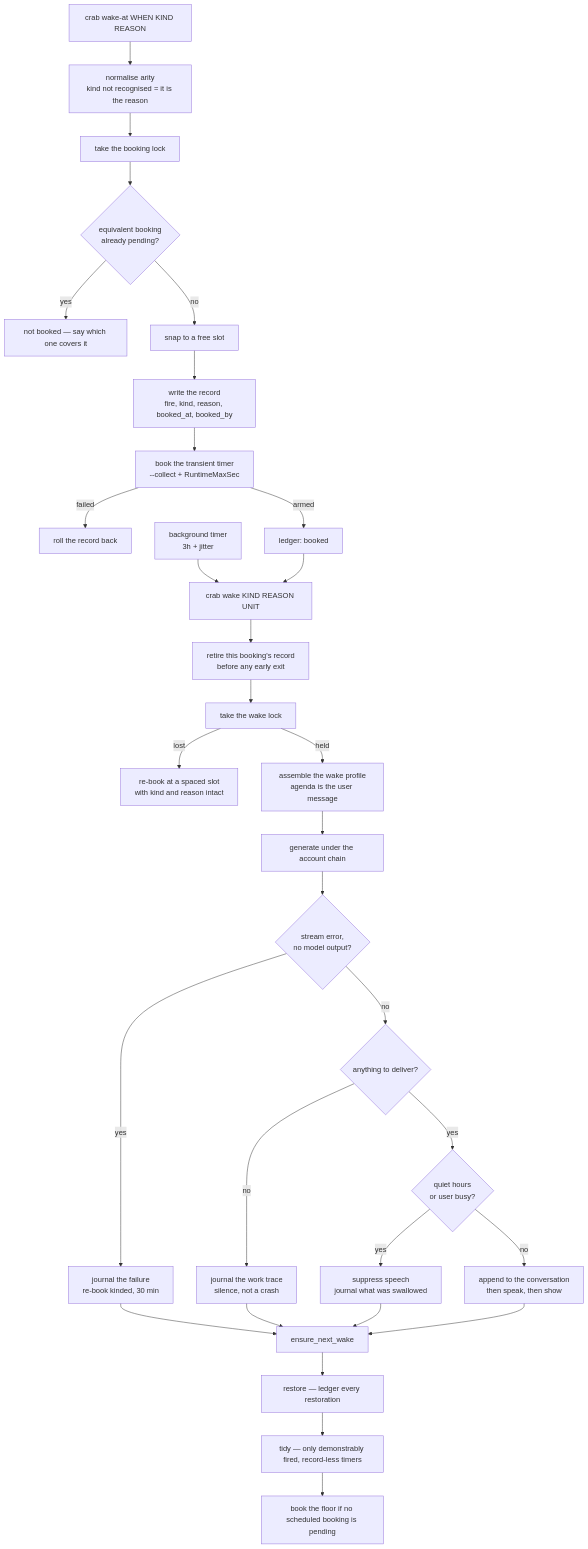
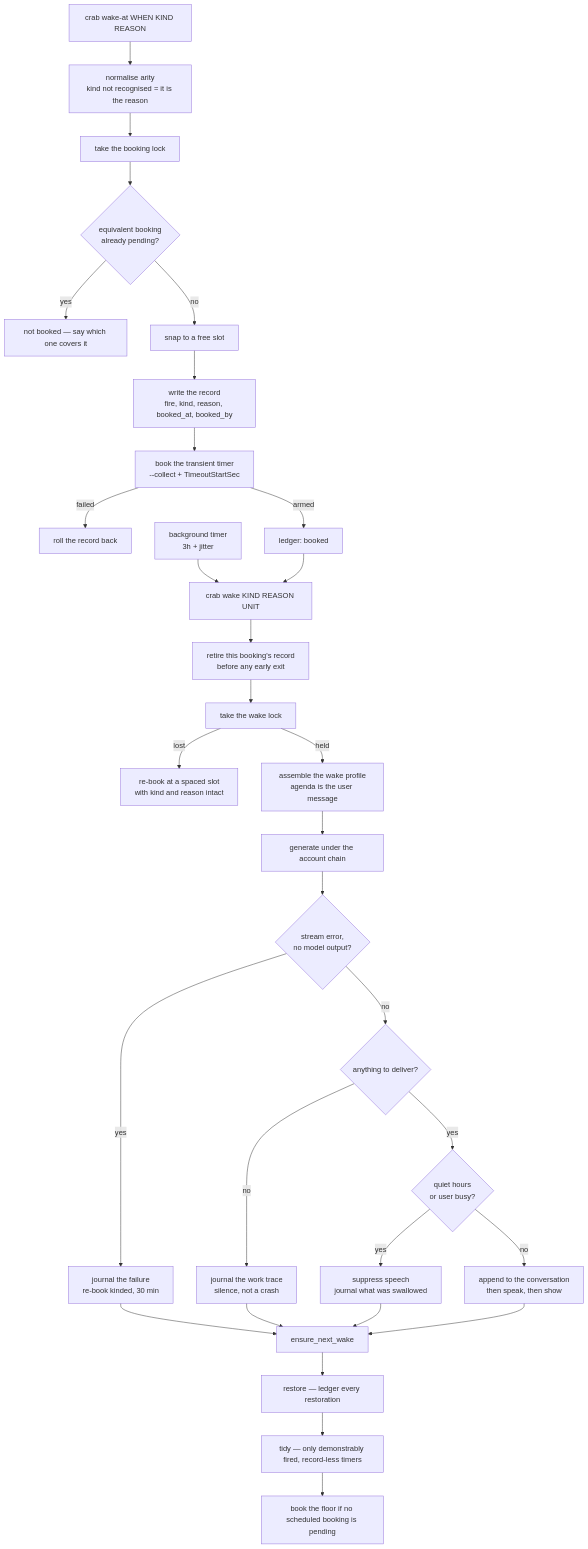
The diagram in specs/wake-queue.md (TheDiscordian/deskcrab), drawn with Mermaid before and after one commit. The commit also changed other lines of this file and 2 other files, not shown here.

````diff
--- a/specs/wake-queue.md
+++ b/specs/wake-queue.md
@@ -156,30 +177,30 @@
 ```mermaid
 flowchart TD
   B1["crab wake-at WHEN KIND REASON"] --> B2["normalise arity<br/>kind not recognised = it is the reason"]
   B2 --> B3["take the booking lock"]
   B3 --> B4{"equivalent booking<br/>already pending?"}
   B4 -->|yes| B5["not booked — say which one covers it"]
   B4 -->|no| B6["snap to a free slot"]
   B6 --> B7["write the record<br/>fire, kind, reason, booked_at, booked_by"]
-  B7 --> B8["book the transient timer<br/>--collect + RuntimeMaxSec"]
+  B7 --> B8["book the transient timer<br/>--collect + TimeoutStartSec"]
   B8 -->|failed| B9["roll the record back"]
   B8 -->|armed| B10["ledger: booked"]
   T1["background timer<br/>3h + jitter"] --> W
   B10 --> W["crab wake KIND REASON UNIT"]
   W --> W1["retire this booking's record<br/>before any early exit"]
   W1 --> W2["take the wake lock"]
   W2 -->|lost| W3["re-book at a spaced slot<br/>with kind and reason intact"]
   W2 -->|held| W4["assemble the wake profile<br/>agenda is the user message"]
   W4 --> W5["generate under the account chain"]
   W5 --> G1{"stream error,<br/>no model output?"}
   G1 -->|yes| G1a["journal the failure<br/>re-book kinded, 30 min"]
   G1 -->|no| G2{"anything to deliver?"}
   G2 -->|no| G2a["journal the work trace<br/>silence, not a crash"]
   G2 -->|yes| G3{"quiet hours<br/>or user busy?"}
   G3 -->|yes| G3a["suppress speech<br/>journal what was swallowed"]
   G3 -->|no| G4["append to the conversation<br/>then speak, then show"]
   G1a & G2a & G3a & G4 --> E["ensure_next_wake"]
   E --> E1["restore — ledger every restoration"]
   E1 --> E2["tidy — only demonstrably fired, record-less timers"]
   E2 --> E3["book the floor if no scheduled booking is pending"]
 ```
````
